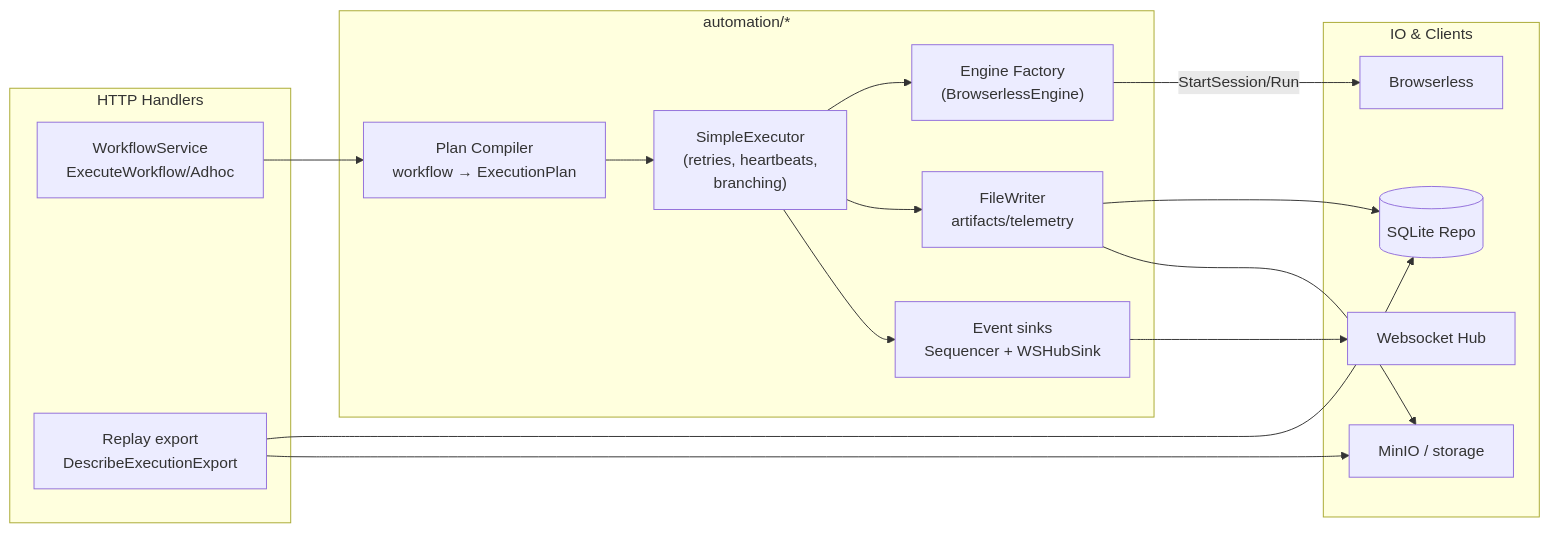
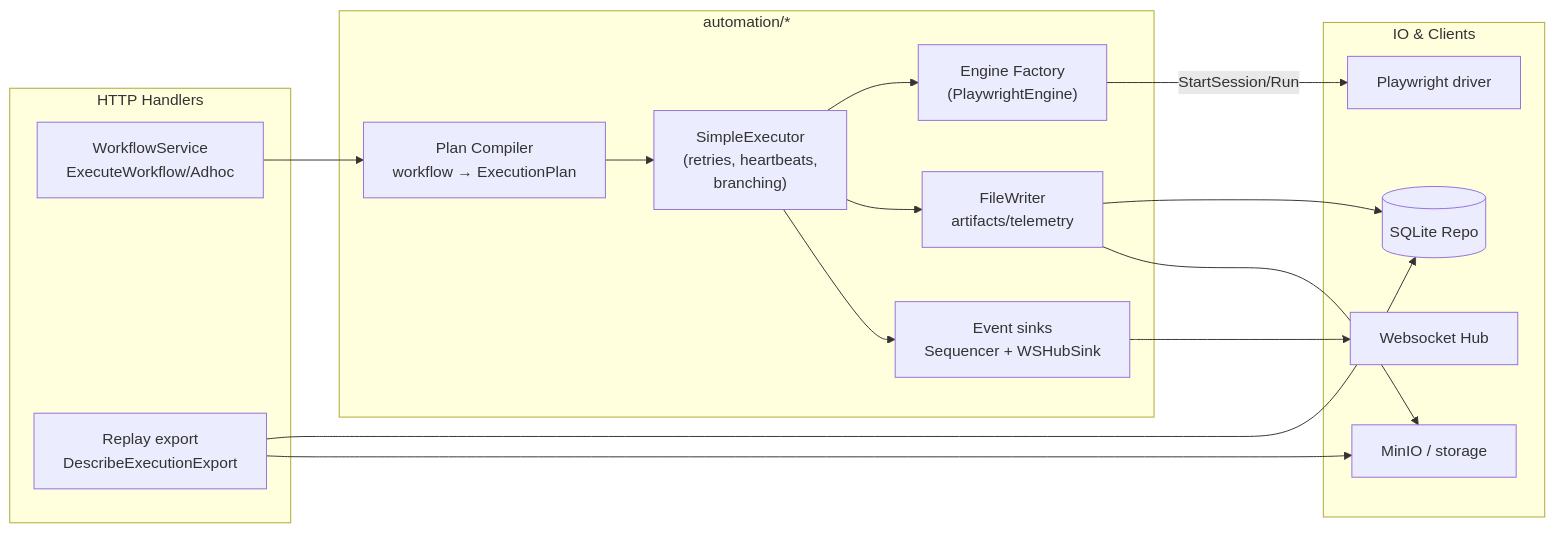
Before and after one commit to Vrooli/Vrooli: the diagram in scenarios/browser-automation-studio/api/services/README.md, drawn with Mermaid. The commit also changed 80 other files, not shown here.

````diff
--- a/scenarios/browser-automation-studio/api/services/README.md
+++ b/scenarios/browser-automation-studio/api/services/README.md
@@ -6,31 +6,31 @@
 ```mermaid
 flowchart LR
     subgraph Handler["HTTP Handlers"]
         WF["WorkflowService\nExecuteWorkflow/Adhoc"]
         EXP["Replay export\nDescribeExecutionExport"]
     end
 
     subgraph Automation["automation/*"]
         PLAN["Plan Compiler\nworkflow → ExecutionPlan"]
         EXEC["SimpleExecutor\n(retries, heartbeats,\nbranching)"]
-        ENG["Engine Factory\n(BrowserlessEngine)"]
+        ENG["Engine Factory\n(PlaywrightEngine)"]
         REC["FileWriter\nartifacts/telemetry"]
         EVT["Event sinks\nSequencer + WSHubSink"]
     end
 
     subgraph IO["IO & Clients"]
         DB[(SQLite Repo)]
         WS["Websocket Hub"]
         MINIO["MinIO / storage"]
-        BROW["Browserless"]
+        BROW["Playwright driver"]
     end
 
     WF --> PLAN --> EXEC
     EXEC --> ENG
     EXEC --> REC --> DB
     EXEC --> EVT --> WS
     ENG -->|StartSession/Run| BROW
     REC --> MINIO
     EXP --> DB
     EXP --> MINIO
 ```
````
